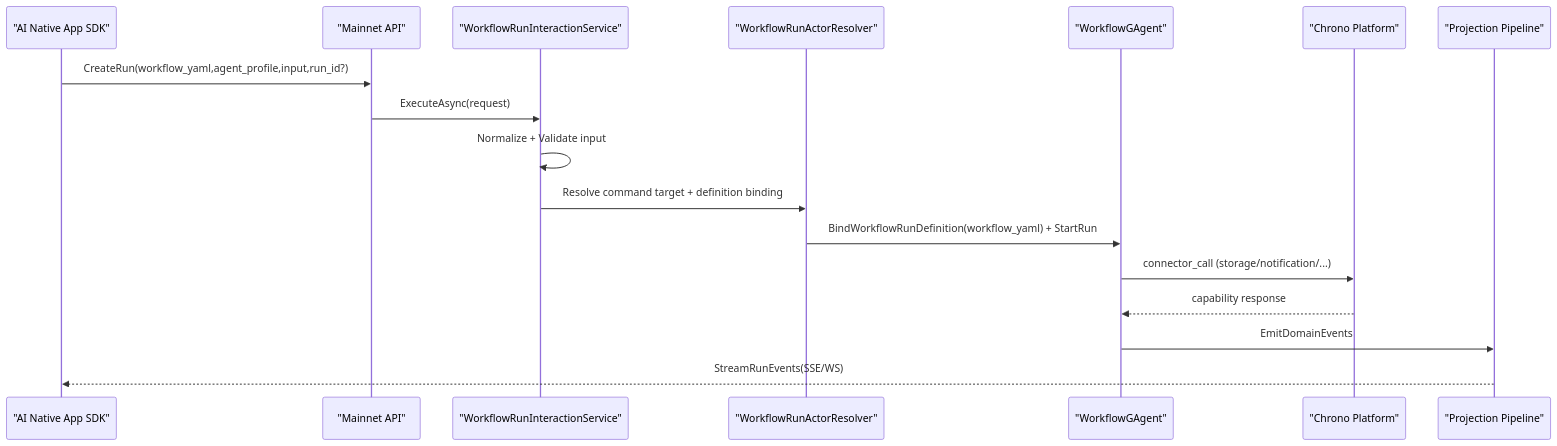
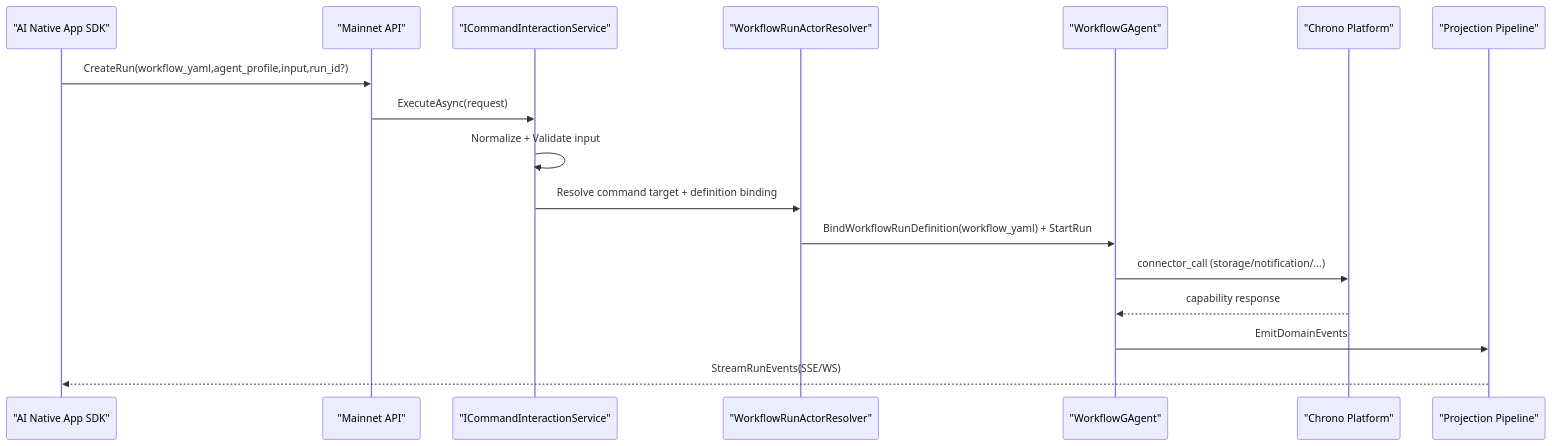
Diagram 18 of 19 in docs/architecture/AEVATAR_MAINNET_ARCHITECTURE.md (aevatarAI/aevatar), drawn with Mermaid before and after one commit. The commit also changed other lines of this file and 77 other files, not shown here.

First line of the commit message:
Refactor command interaction services and enhance CQRS architecture

````diff
--- a/docs/architecture/AEVATAR_MAINNET_ARCHITECTURE.md
+++ b/docs/architecture/AEVATAR_MAINNET_ARCHITECTURE.md
@@ -1534,21 +1534,21 @@
 ```mermaid
 %%{init: {"maxTextSize": 100000, "sequence": {"useMaxWidth": false}, "themeVariables": {"fontSize": "10px"}}}%%
 sequenceDiagram
     participant AppSdk as "AI Native App SDK"
     participant MainnetApi as "Mainnet API"
-    participant AppService as "WorkflowRunInteractionService"
+    participant AppService as "ICommandInteractionService"
     participant Resolver as "WorkflowRunActorResolver"
     participant WfAgent as "WorkflowGAgent"
     participant Chrono as "Chrono Platform"
     participant Projection as "Projection Pipeline"
 
     AppSdk->>MainnetApi: CreateRun(workflow_yaml,agent_profile,input,run_id?)
     MainnetApi->>AppService: ExecuteAsync(request)
     AppService->>AppService: Normalize + Validate input
     AppService->>Resolver: Resolve command target + definition binding
     Resolver->>WfAgent: BindWorkflowRunDefinition(workflow_yaml) + StartRun
     WfAgent->>Chrono: connector_call (storage/notification/...)
     Chrono-->>WfAgent: capability response
     WfAgent->>Projection: EmitDomainEvents
     Projection-->>AppSdk: StreamRunEvents(SSE/WS)
 ```
````
